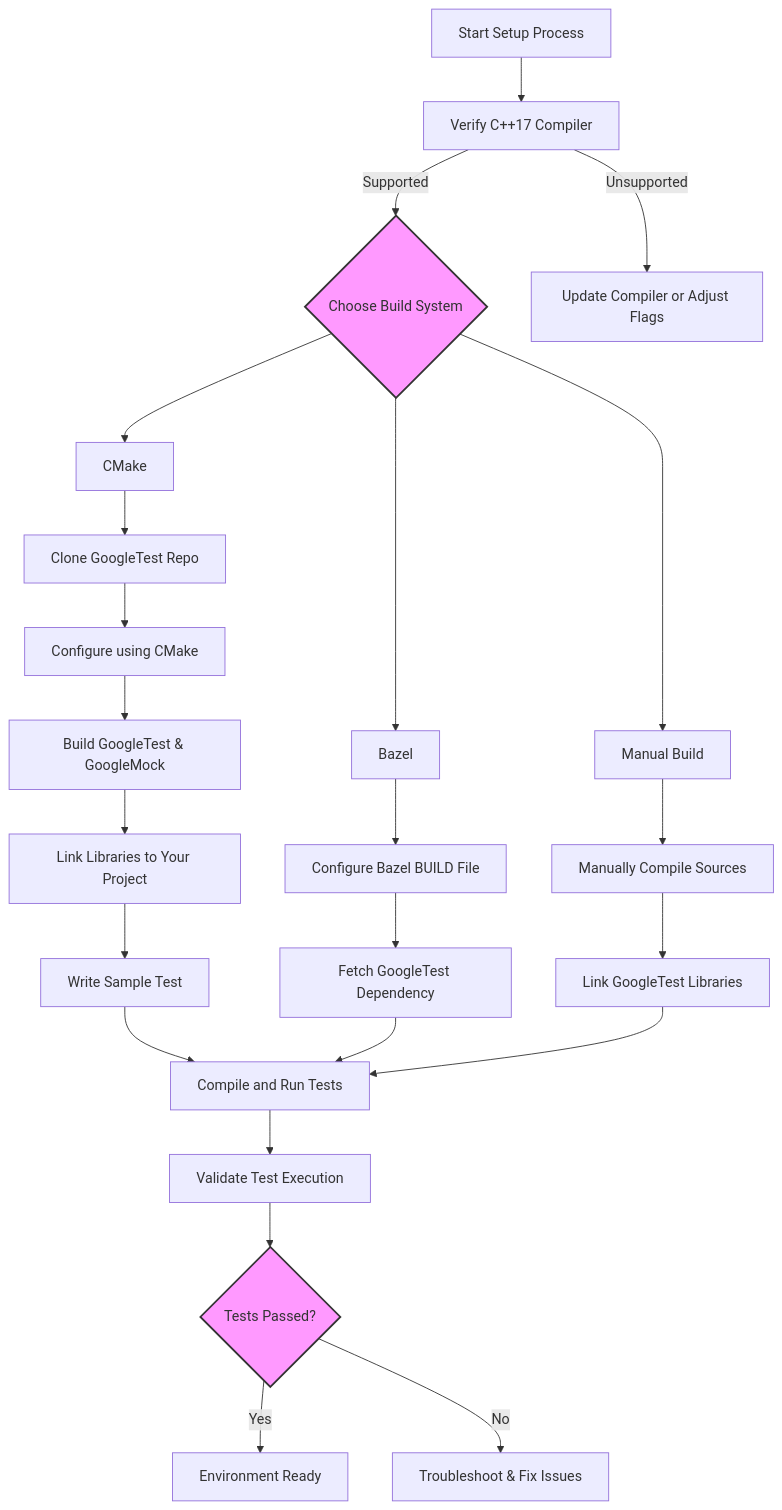
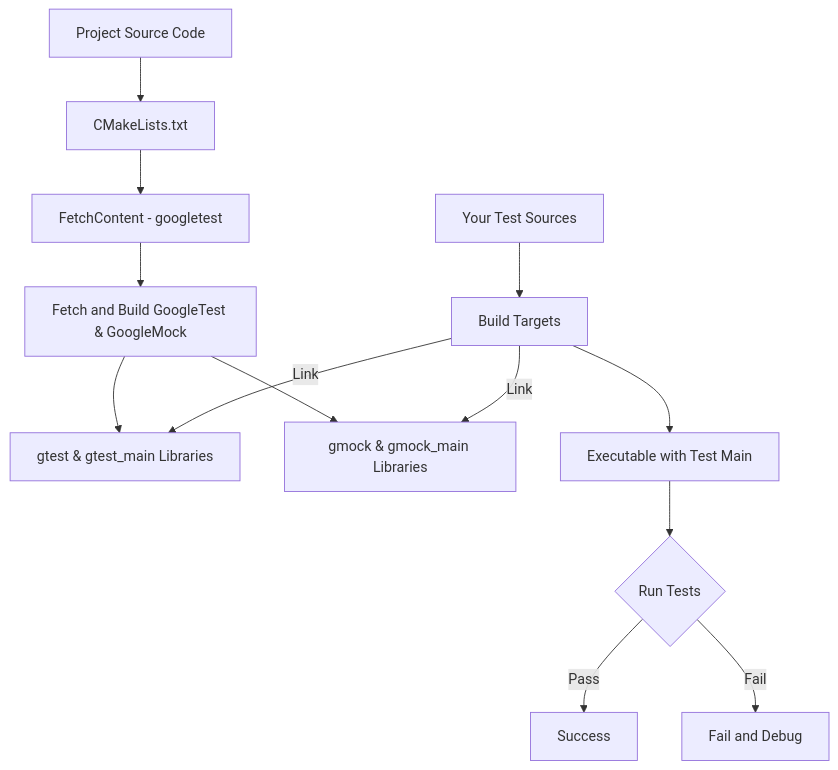
Before and after one commit to clidey/docucod-public-project-869ef7c3-7eff-4ad2-9765-2698303f14d7: the diagram in guides/getting-started/environment-setup.mdx, drawn with Mermaid. The commit also changed other lines of this file and 55 other files, not shown here.

````diff
--- a/guides/getting-started/environment-setup.mdx
+++ b/guides/getting-started/environment-setup.mdx
@@ -255,28 +213,15 @@
 ```mermaid
 flowchart TD
-  A[Start Setup Process] --> B[Verify C++17 Compiler]
-  B -->|Supported| C{Choose Build System}
-  B -->|Unsupported| Z[Update Compiler or Adjust Flags]
-  C --> D[CMake]
-  C --> E[Bazel]
-  C --> F[Manual Build]
-  D --> G[Clone GoogleTest Repo]
-  G --> H[Configure using CMake]
-  H --> I[Build GoogleTest & GoogleMock]
-  I --> J[Link Libraries to Your Project]
-  J --> K[Write Sample Test]
-  K --> L[Compile and Run Tests]
-  E --> M[Configure Bazel BUILD File]
-  M --> N[Fetch GoogleTest Dependency]
-  N --> L
-  F --> O[Manually Compile Sources]
-  O --> P[Link GoogleTest Libraries]
-  P --> L
-  L --> Q[Validate Test Execution]
-  Q --> R{Tests Passed?}
-  R -->|Yes| S[Environment Ready]
-  R -->|No| T[Troubleshoot & Fix Issues]
-
-  classDef decision fill:#f9f,stroke:#333,stroke-width:2px;
-  class C,R decision;
+  A[Project Source Code] --> B[CMakeLists.txt]
+  B --> C[FetchContent - googletest]
+  C --> D[Fetch and Build GoogleTest & GoogleMock]
+  D --> E1[gtest & gtest_main Libraries]
+  D --> E2[gmock & gmock_main Libraries]
+  F[Your Test Sources] --> G[Build Targets]
+  G -->|Link| E1
+  G -->|Link| E2
+  G --> H[Executable with Test Main]
+  H --> I{Run Tests}
+  I -->|Pass| J[Success]
+  I -->|Fail| K[Fail and Debug]
 ```
````
